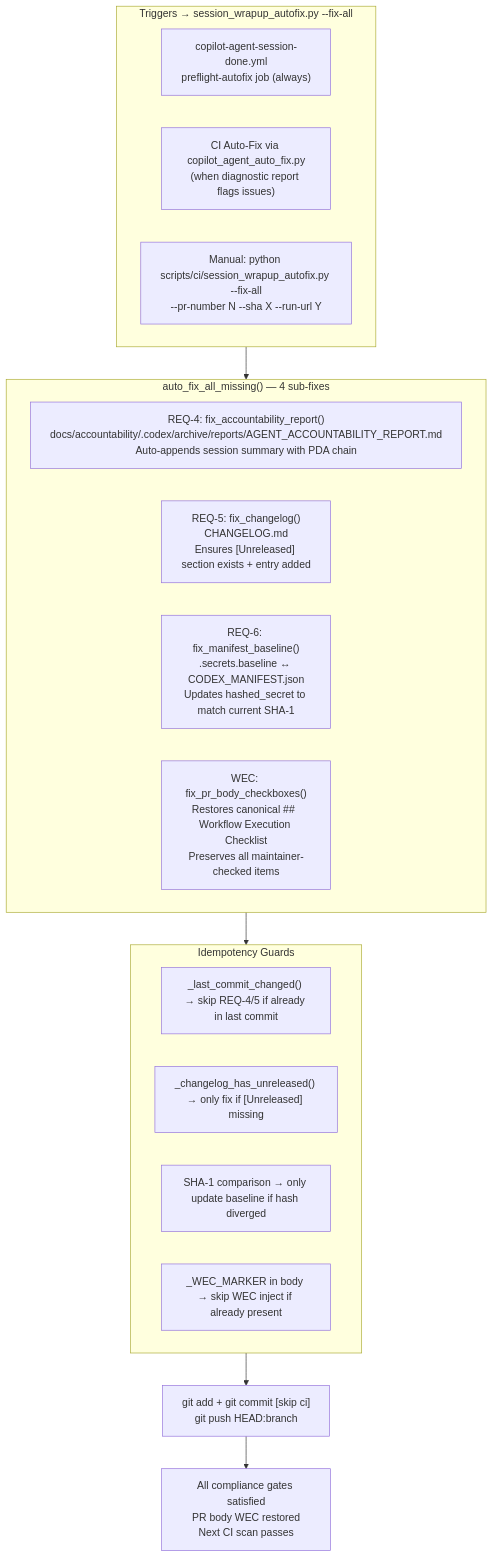
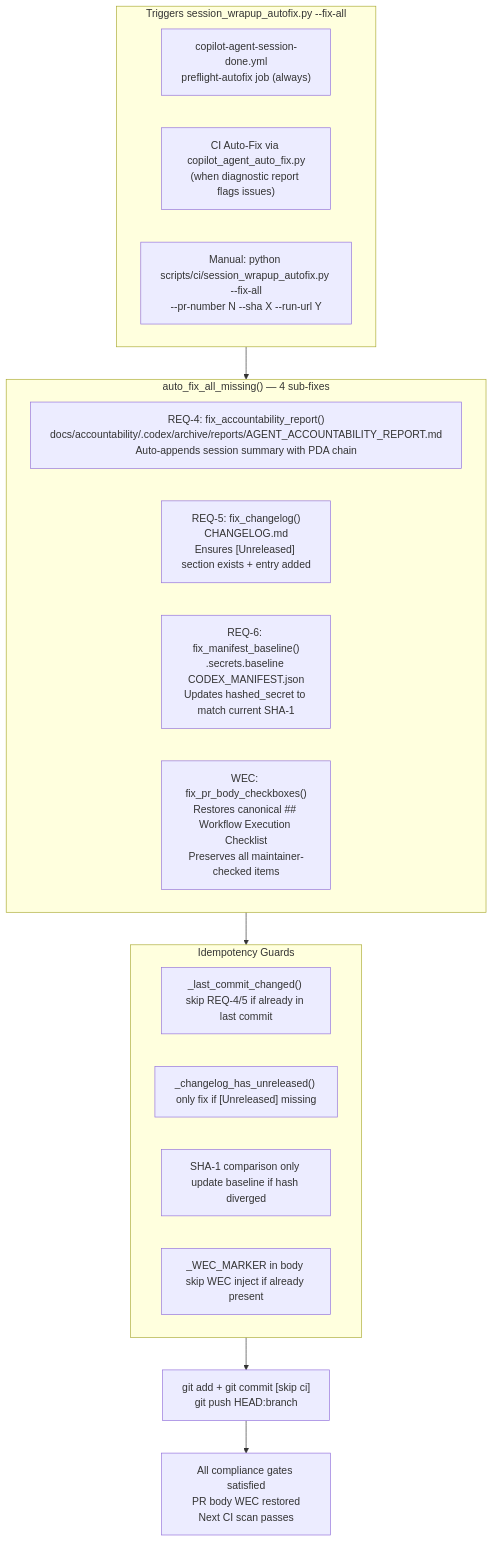
One commit to Aries-Serpent/_codex_ changed the ninth of 9 diagrams in docs/workflows/PR_COMMENT_LIFECYCLE.md. Above: the diagram before and after it, drawn with Mermaid. The commit also changed other lines of this file and 4117 other files, not shown here.

````diff
--- a/docs/workflows/PR_COMMENT_LIFECYCLE.md
+++ b/docs/workflows/PR_COMMENT_LIFECYCLE.md
@@ -369,28 +421,32 @@
 ```mermaid
-%%{init: {'accessibility': {'title': 'Flowchart showing "Triggers → session_wrapup_autofix.py --fix-all", "copilot-agent-session-done.yml\npreflight-autofix job (always)"'}}%%
+%%{init: {'accessibility': {'title': 'Flowchart showing "Triggers session_wrapup_autofix.py --fix-all", "copilot-agent-session-done.yml\npreflight-autofix job (always)"'}}%%
+
 flowchart TD
-    subgraph TRIGGERS["Triggers → session_wrapup_autofix.py --fix-all"]
-        T1["copilot-agent-session-done.yml\npreflight-autofix job (always)"]
-        T2["CI Auto-Fix via copilot_agent_auto_fix.py\n(when diagnostic report flags issues)"]
-        T3["Manual: python scripts/ci/session_wrapup_autofix.py --fix-all\n--pr-number N --sha X --run-url Y"]
-    end
+ subgraph TRIGGERS["Triggers session_wrapup_autofix.py --fix-all"]
+ T1["copilot-agent-session-done.yml\npreflight-autofix job (always)"]
+ T2["CI Auto-Fix via copilot_agent_auto_fix.py\n(when diagnostic report flags issues)"]
+ T3["Manual: python scripts/ci/session_wrapup_autofix.py --fix-all\n--pr-number N --sha X --run-url Y"]
+ end
 
-    subgraph FIXES["auto_fix_all_missing() — 4 sub-fixes"]
-        F1["REQ-4: fix_accountability_report()\ndocs/accountability/.codex/archive/reports/AGENT_ACCOUNTABILITY_REPORT.md\nAuto-appends session summary with PDA chain"]
-        F2["REQ-5: fix_changelog()\nCHANGELOG.md\nEnsures [Unreleased] section exists + entry added"]
-        F3["REQ-6: fix_manifest_baseline()\n.secrets.baseline ↔ CODEX_MANIFEST.json\nUpdates hashed_secret to match current SHA-1"]
-        F4["WEC: fix_pr_body_checkboxes()\nRestores canonical ##  Workflow Execution Checklist\nPreserves all maintainer-checked items"]
-    end
+ subgraph FIXES["auto_fix_all_missing() — 4 sub-fixes"]
+ F1["REQ-4: fix_accountability_report()\ndocs/accountability/.codex/archive/reports/AGENT_ACCOUNTABILITY_REPORT.md\nAuto-appends session summary with PDA chain"]
+ F2["REQ-5: fix_changelog()\nCHANGELOG.md\nEnsures [Unreleased] section exists + entry added"]
+ F3["REQ-6: fix_manifest_baseline()\n.secrets.baseline CODEX_MANIFEST.json\nUpdates hashed_secret to match current SHA-1"]
+ F4["WEC: fix_pr_body_checkboxes()\nRestores canonical ## Workflow Execution Checklist\nPreserves all maintainer-checked items"]
+ end
 
-    subgraph GUARDS["Idempotency Guards"]
-        G1["_last_commit_changed() → skip REQ-4/5 if already in last commit"]
-        G2["_changelog_has_unreleased() → only fix if [Unreleased] missing"]
-        G3["SHA-1 comparison → only update baseline if hash diverged"]
-        G4["_WEC_MARKER in body → skip WEC inject if already present"]
-    end
+ subgraph GUARDS["Idempotency Guards"]
+ G1["_last_commit_changed() skip REQ-4/5 if already in last commit"]
+ G2["_changelog_has_unreleased() only fix if [Unreleased] missing"]
+ G3["SHA-1 comparison only update baseline if hash diverged"]
+ G4["_WEC_MARKER in body skip WEC inject if already present"]
+ end
 
-    TRIGGERS --> FIXES
-    FIXES --> GUARDS
-    GUARDS --> COMMIT["git add + git commit [skip ci]\ngit push HEAD:branch"]
-    COMMIT --> RESULT[" All compliance gates satisfied\nPR body WEC restored\nNext CI scan passes"]
+ TRIGGERS --> FIXES
+
+ FIXES --> GUARDS
+
+ GUARDS --> COMMIT["git add + git commit [skip ci]\ngit push HEAD:branch"]
+
+ COMMIT --> RESULT[" All compliance gates satisfied\nPR body WEC restored\nNext CI scan passes"]
 ```
````
